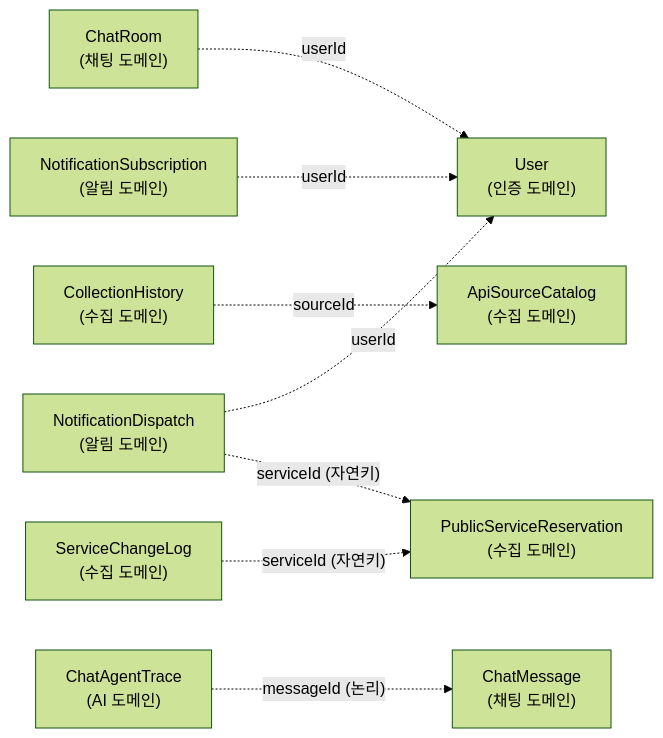
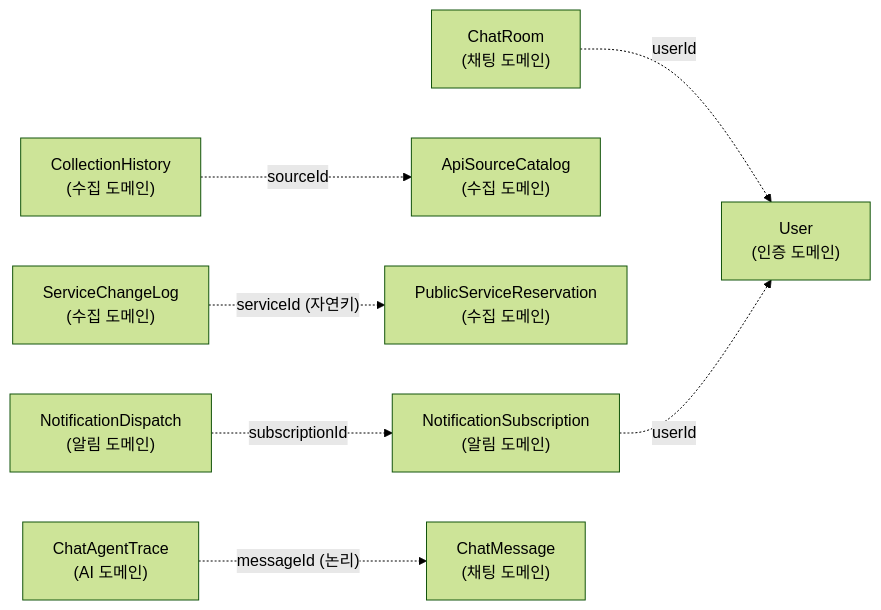
The eighth of 8 diagrams in docs/domain-model.md (f-lab-edu/on-seoul), drawn with Mermaid (forest theme) before and after one commit. The commit also changed other lines of this file and 2 other files, not shown here.

First line of the commit message:
알림 도메인 문서를 실제 구현과 동기화

````diff
--- a/docs/domain-model.md
+++ b/docs/domain-model.md
@@ -453,10 +499,9 @@
 ```mermaid
 graph LR
     ChatRoom["ChatRoom\n(채팅 도메인)"] -. "userId" .-> User["User\n(인증 도메인)"]
     CollectionHistory["CollectionHistory\n(수집 도메인)"] -. "sourceId" .-> ApiSourceCatalog["ApiSourceCatalog\n(수집 도메인)"]
     ServiceChangeLog["ServiceChangeLog\n(수집 도메인)"] -. "serviceId (자연키)" .-> PublicServiceReservation["PublicServiceReservation\n(수집 도메인)"]
     NotificationSubscription["NotificationSubscription\n(알림 도메인)"] -. "userId" .-> User
-    NotificationDispatch["NotificationDispatch\n(알림 도메인)"] -. "userId" .-> User
-    NotificationDispatch -. "serviceId (자연키)" .-> PublicServiceReservation["PublicServiceReservation\n(수집 도메인)"]
+    NotificationDispatch["NotificationDispatch\n(알림 도메인)"] -. "subscriptionId" .-> NotificationSubscription
     ChatAgentTrace["ChatAgentTrace\n(AI 도메인)"] -. "messageId (논리)" .-> ChatMessage["ChatMessage\n(채팅 도메인)"]
 ```
````
